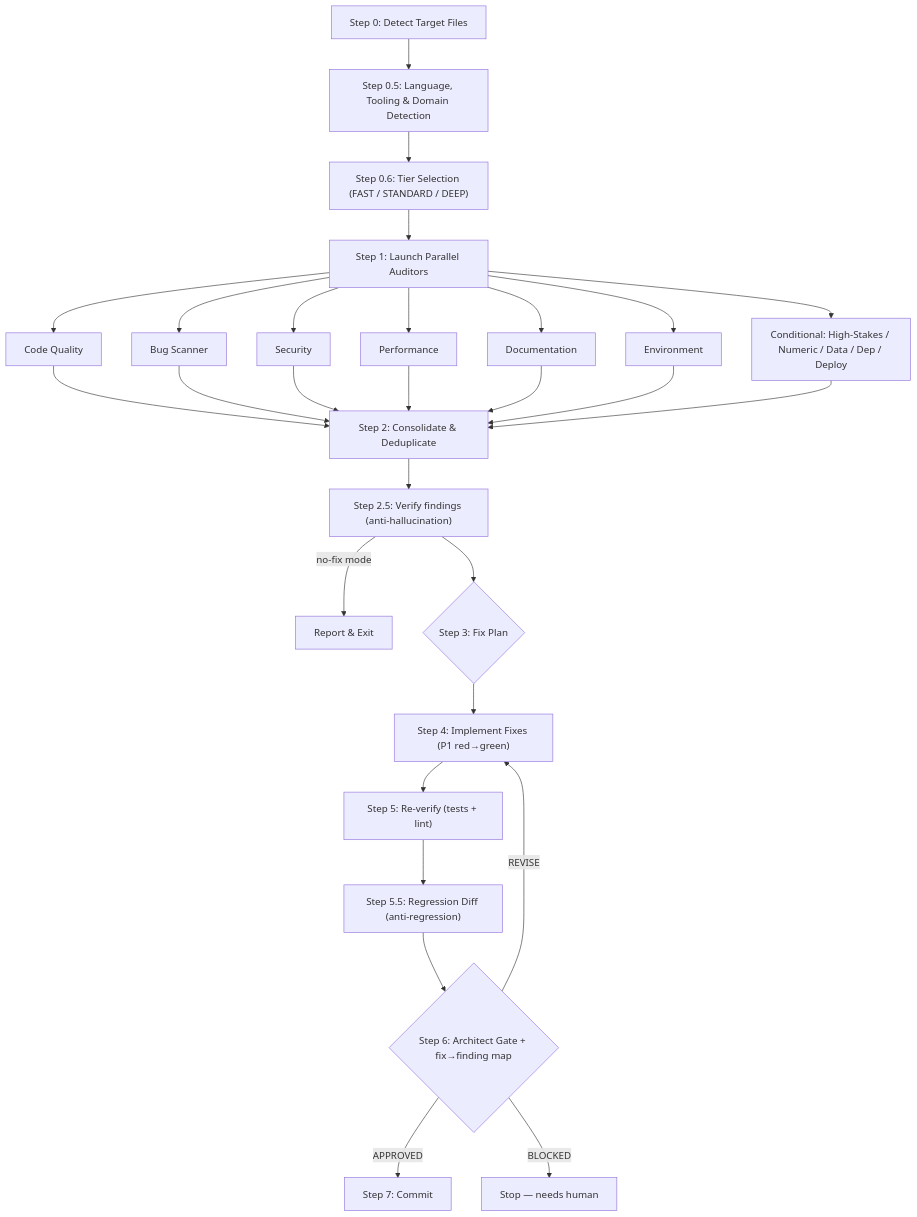
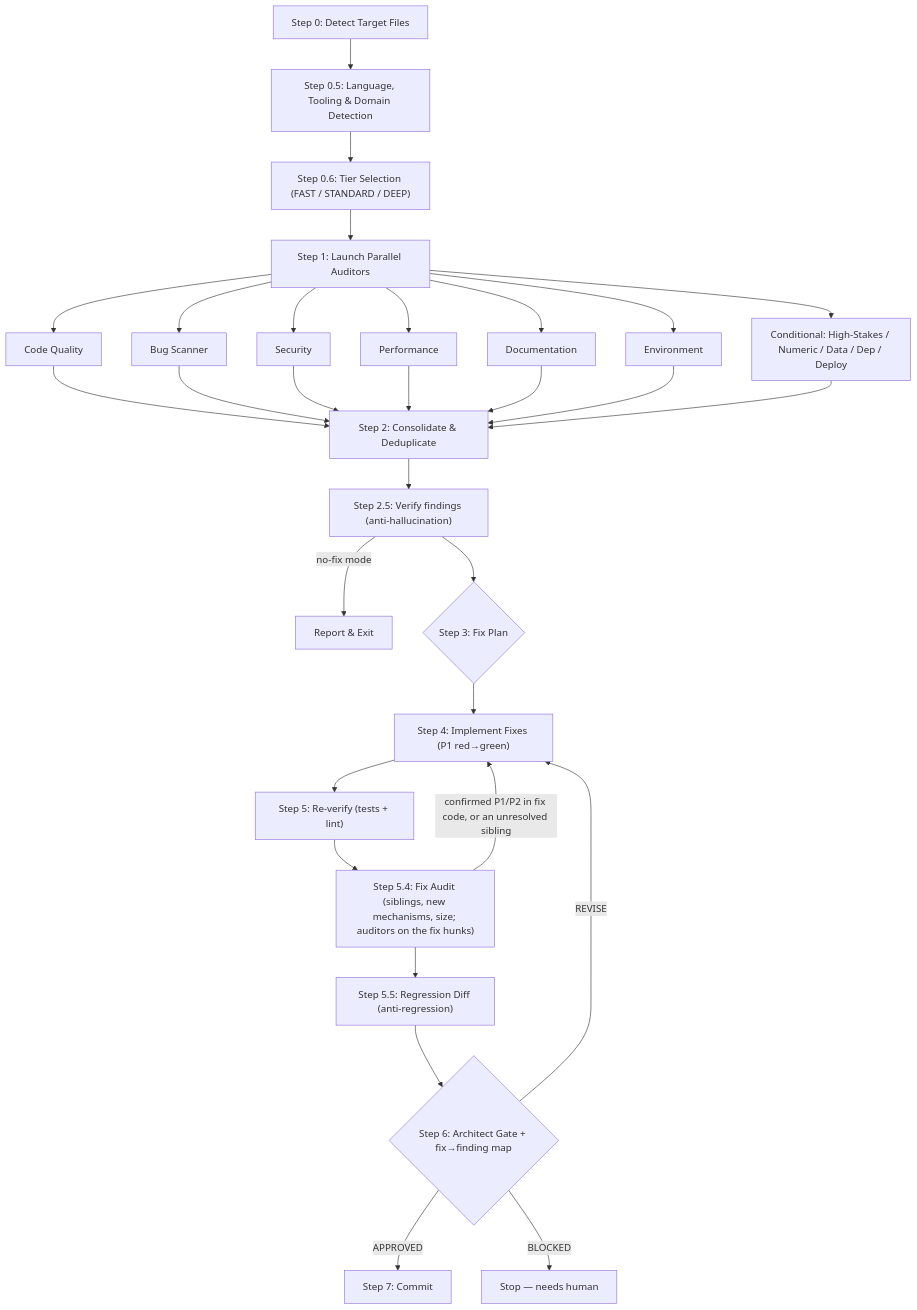
Before and after one commit to GiulioDER/cca-audit: the diagram in docs/pipeline-diagram.md, drawn with Mermaid. The commit also changed other lines of this file and 32 other files, not shown here.

````diff
--- a/docs/pipeline-diagram.md
+++ b/docs/pipeline-diagram.md
@@ -13,35 +13,37 @@
 ```mermaid
 flowchart TD
     A["Step 0: Detect Target Files"] --> B["Step 0.5: Language, Tooling & Domain Detection"]
     B --> T["Step 0.6: Tier Selection (FAST / STANDARD / DEEP)"]
     T --> C["Step 1: Launch Parallel Auditors"]
 
     C --> C1["Code Quality"]
     C --> C2["Bug Scanner"]
     C --> C3["Security"]
     C --> C4["Performance"]
     C --> C5["Documentation"]
     C --> C6["Environment"]
     C --> C7["Conditional: High-Stakes / Numeric / Data / Dep / Deploy"]
 
     C1 --> D["Step 2: Consolidate & Deduplicate"]
     C2 --> D
     C3 --> D
     C4 --> D
     C5 --> D
     C6 --> D
     C7 --> D
 
     D --> V["Step 2.5: Verify findings (anti-hallucination)"]
     V -->|"no-fix mode"| STOP["Report & Exit"]
     V --> E{"Step 3: Fix Plan"}
     E --> F["Step 4: Implement Fixes (P1 red→green)"]
 
     F --> G["Step 5: Re-verify (tests + lint)"]
-    G --> R["Step 5.5: Regression Diff (anti-regression)"]
+    G --> FA["Step 5.4: Fix Audit (siblings, new mechanisms, size; auditors on the fix hunks)"]
+    FA -->|"confirmed P1/P2 in fix code, or an unresolved sibling"| F
+    FA --> R["Step 5.5: Regression Diff (anti-regression)"]
     R --> H{"Step 6: Architect Gate + fix→finding map"}
 
     H -->|"APPROVED"| I["Step 7: Commit"]
     H -->|"REVISE"| F
     H -->|"BLOCKED"| BLOCK["Stop — needs human"]
 ```
````
